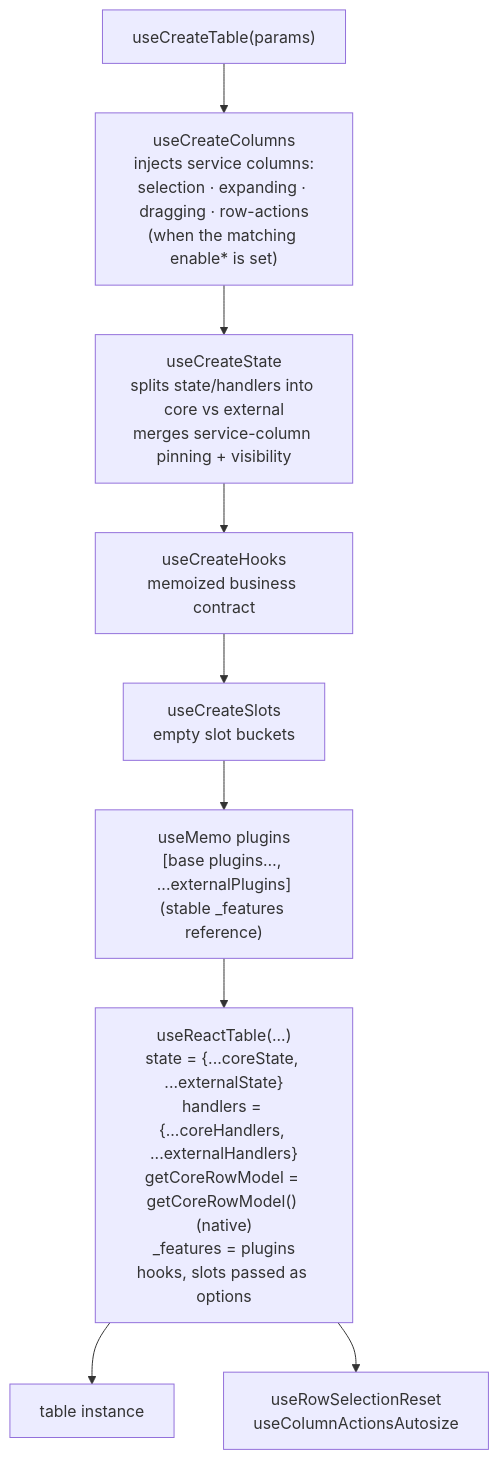
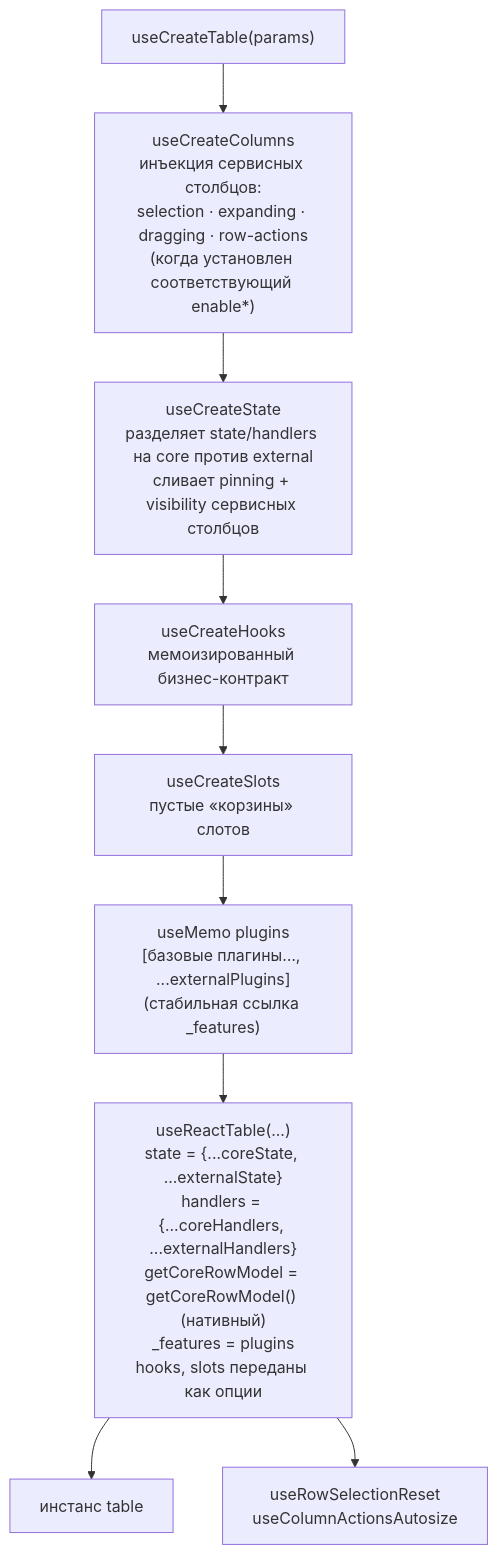
One commit to tessera-grid/tessera changed the first of 2 diagrams in docs/architecture/table-assembly.md. Above: the diagram before and after it, drawn with Mermaid. The commit also changed other lines of this file and 15 other files, not shown here.

First line of the commit message:
docs(architecture): translate to Russian and restructure the knowledge base

````diff
--- a/docs/architecture/table-assembly.md
+++ b/docs/architecture/table-assembly.md
@@ -21,17 +21,17 @@
 ```mermaid
 flowchart TB
     IN["useCreateTable(params)"]
 
-    COLS["useCreateColumns<br/>injects service columns:<br/>selection · expanding · dragging · row-actions<br/>(when the matching enable* is set)"]
-    ST["useCreateState<br/>splits state/handlers into core vs external<br/>merges service-column pinning + visibility"]
-    HK["useCreateHooks<br/>memoized business contract"]
-    SL["useCreateSlots<br/>empty slot buckets"]
-    PLG["useMemo plugins<br/>[base plugins…, ...externalPlugins]<br/>(stable _features reference)"]
+    COLS["useCreateColumns<br/>инъекция сервисных столбцов:<br/>selection · expanding · dragging · row-actions<br/>(когда установлен соответствующий enable*)"]
+    ST["useCreateState<br/>разделяет state/handlers на core против external<br/>сливает pinning + visibility сервисных столбцов"]
+    HK["useCreateHooks<br/>мемоизированный бизнес-контракт"]
+    SL["useCreateSlots<br/>пустые «корзины» слотов"]
+    PLG["useMemo plugins<br/>[базовые плагины…, ...externalPlugins]<br/>(стабильная ссылка _features)"]
 
-    RT["useReactTable(...)<br/>state = {...coreState, ...externalState}<br/>handlers = {...coreHandlers, ...externalHandlers}<br/>getCoreRowModel = getCoreRowModel() (native)<br/>_features = plugins<br/>hooks, slots passed as options"]
+    RT["useReactTable(...)<br/>state = {...coreState, ...externalState}<br/>handlers = {...coreHandlers, ...externalHandlers}<br/>getCoreRowModel = getCoreRowModel() (нативный)<br/>_features = plugins<br/>hooks, slots переданы как опции"]
 
-    OUT["table instance"]
+    OUT["инстанс table"]
 
     IN --> COLS --> ST --> HK --> SL --> PLG --> RT --> OUT
     RT --> RESET["useRowSelectionReset<br/>useColumnActionsAutosize"]
 ```
````
